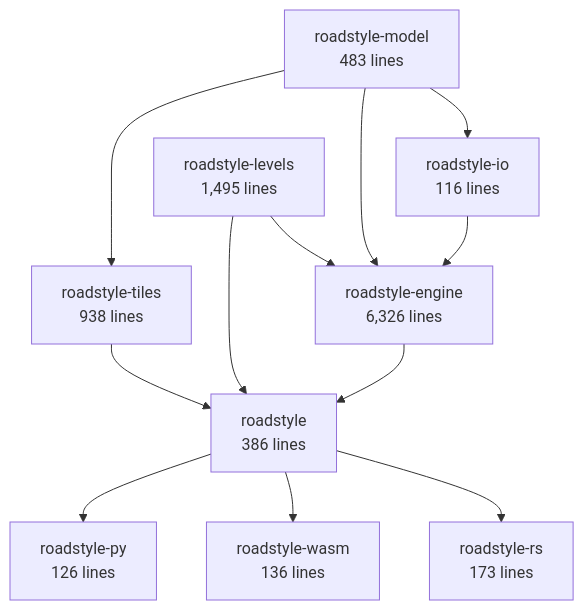
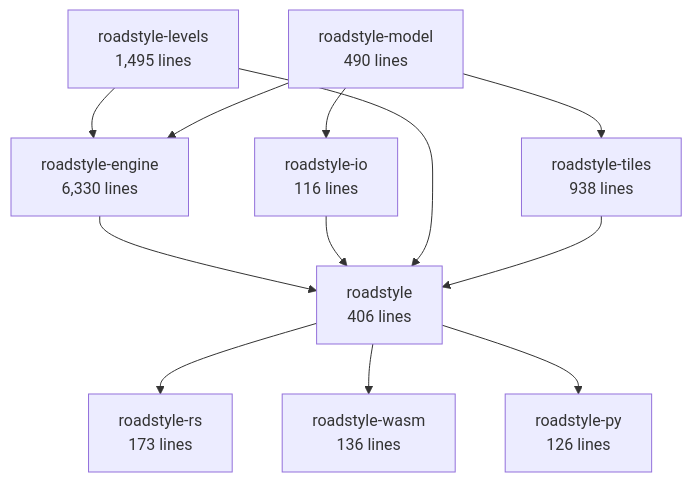
The second of 6 diagrams in docs/rust/architecture.md (Khoshkhah/roadstyle), drawn with Mermaid before and after one commit. The commit also changed other lines of this file and 20 other files, not shown here.

First line of the commit message:
The pure core: the engine takes the model types (design step a)

````diff
--- a/docs/rust/architecture.md
+++ b/docs/rust/architecture.md
@@ -67,23 +67,23 @@
 ```mermaid
 flowchart TB
-    roadstyle_model["roadstyle-model<br/>483 lines"]
+    roadstyle_model["roadstyle-model<br/>490 lines"]
     roadstyle_io["roadstyle-io<br/>116 lines"]
     roadstyle_levels["roadstyle-levels<br/>1,495 lines"]
-    roadstyle_engine["roadstyle-engine<br/>6,326 lines"]
+    roadstyle_engine["roadstyle-engine<br/>6,330 lines"]
     roadstyle_tiles["roadstyle-tiles<br/>938 lines"]
-    roadstyle["roadstyle<br/>386 lines"]
+    roadstyle["roadstyle<br/>406 lines"]
     roadstyle_rs["roadstyle-rs<br/>173 lines"]
     roadstyle_wasm["roadstyle-wasm<br/>136 lines"]
     roadstyle_py["roadstyle-py<br/>126 lines"]
     roadstyle_model --> roadstyle_io
-    roadstyle_io --> roadstyle_engine
     roadstyle_levels --> roadstyle_engine
     roadstyle_model --> roadstyle_engine
     roadstyle_model --> roadstyle_tiles
     roadstyle_engine --> roadstyle
+    roadstyle_io --> roadstyle
     roadstyle_levels --> roadstyle
     roadstyle_tiles --> roadstyle
     roadstyle --> roadstyle_rs
     roadstyle --> roadstyle_wasm
     roadstyle --> roadstyle_py
 ```
````
